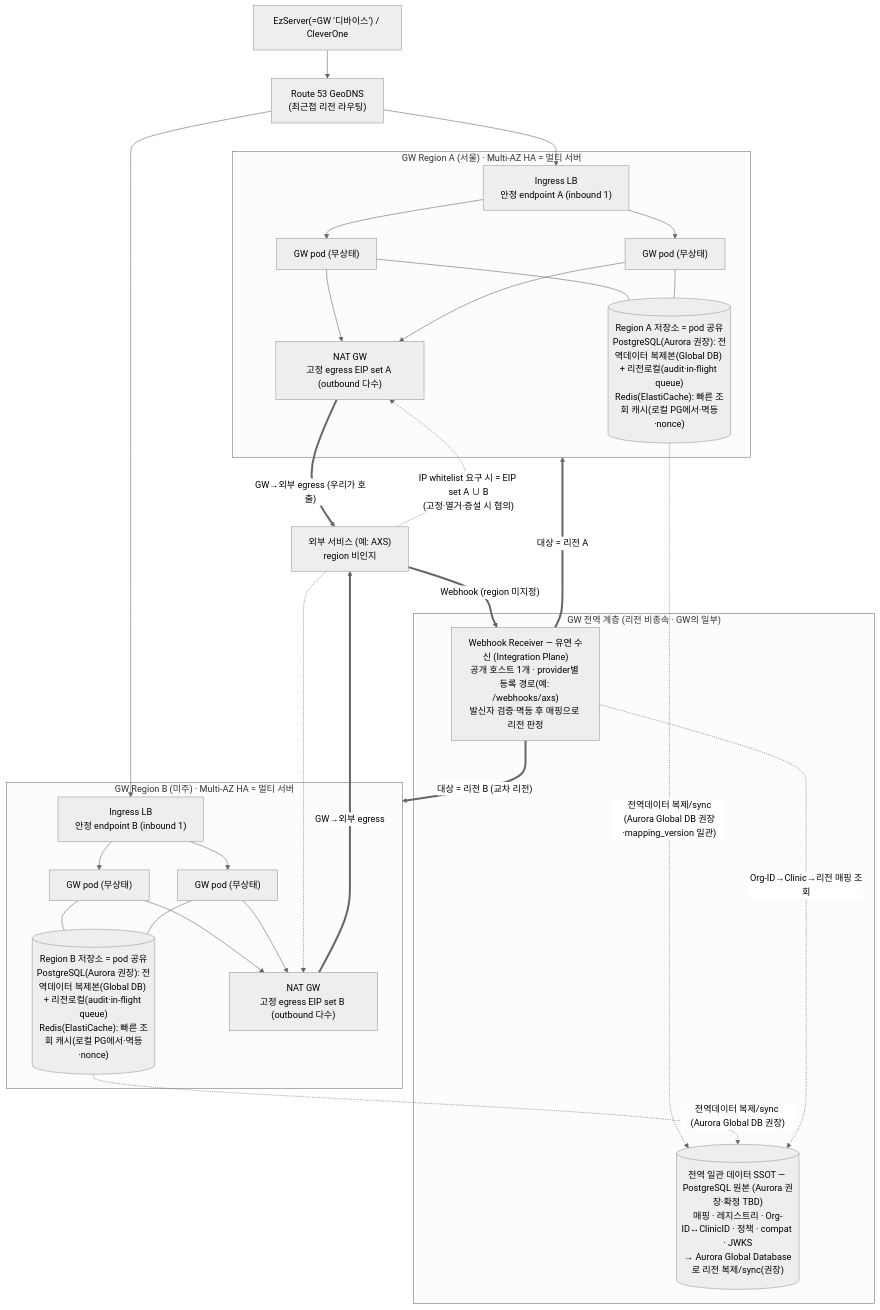
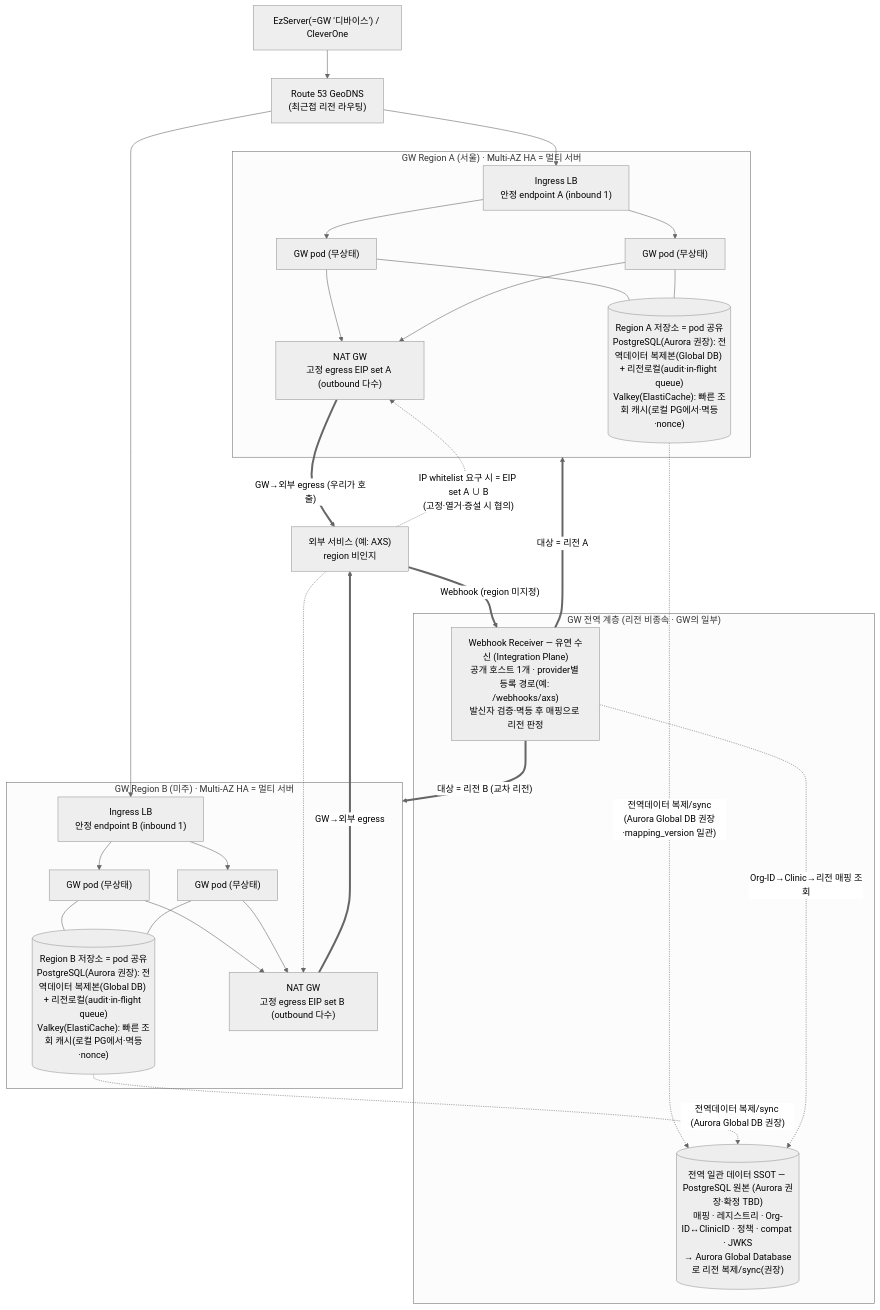
One commit to gracegyu/scp-architecture changed the second of 11 diagrams in docs/VT_API_Gateway/08.VT_API_Gateway/specs/03-srs-gateway/SRS.md. Above: the diagram before and after it, drawn with Mermaid (neutral theme). The commit also changed other lines of this file and 2 other files, not shown here.

Commit message:
문서 업데이트: VT API Gateway의 개발계획서 및 SRS 문서에서 Redis 대신 Valkey를 캐시 엔진으로 채택하고, 관련 내용을 명확히 하여 시스템 설계의 일관성을 강화하였습니다. 또한, Redis 키스페이스 카탈로그를 Valkey에 맞춰 수정하여 문서의 정합성을 높였습니다.

````diff
--- a/docs/VT_API_Gateway/08.VT_API_Gateway/specs/03-srs-gateway/SRS.md
+++ b/docs/VT_API_Gateway/08.VT_API_Gateway/specs/03-srs-gateway/SRS.md
@@ -195,56 +196,56 @@
 ```mermaid
 flowchart TB
     EZ["EzServer(=GW '디바이스') / CleverOne"]
     R53["Route 53 GeoDNS<br/>(최근접 리전 라우팅)"]
     EZ --> R53
 
     subgraph GTIER["GW 전역 계층 (리전 비종속 · GW의 일부)"]
         WHIN["Webhook Receiver — 유연 수신 (Integration Plane)<br/>공개 호스트 1개 · provider별 등록 경로(예: /webhooks/axs)<br/>발신자 검증·멱등 후 매핑으로 리전 판정"]
         GLOBAL[("전역 일관 데이터 SSOT — PostgreSQL 원본 (Aurora 권장·확정 TBD)<br/>매핑 · 레지스트리 · Org-ID↔ClinicID · 정책 · compat · JWKS<br/>→ Aurora Global Database로 리전 복제/sync(권장)")]
     end
 
     subgraph RA["GW Region A (서울) · Multi-AZ HA = 멀티 서버"]
         LBA["Ingress LB<br/>안정 endpoint A (inbound 1)"]
         GA1["GW pod (무상태)"]
         GA2["GW pod (무상태)"]
-        STA[("Region A 저장소 = pod 공유<br/>PostgreSQL(Aurora 권장): 전역데이터 복제본(Global DB) + 리전로컬(audit·in-flight queue)<br/>Redis(ElastiCache): 빠른 조회 캐시(로컬 PG에서·멱등·nonce)")]
+        STA[("Region A 저장소 = pod 공유<br/>PostgreSQL(Aurora 권장): 전역데이터 복제본(Global DB) + 리전로컬(audit·in-flight queue)<br/>Valkey(ElastiCache): 빠른 조회 캐시(로컬 PG에서·멱등·nonce)")]
         NATA["NAT GW<br/>고정 egress EIP set A (outbound 다수)"]
         LBA --> GA1
         LBA --> GA2
         GA1 --- STA
         GA2 --- STA
         GA1 --> NATA
         GA2 --> NATA
     end
 
     subgraph RB["GW Region B (미주) · Multi-AZ HA = 멀티 서버"]
         LBB["Ingress LB<br/>안정 endpoint B (inbound 1)"]
         GB1["GW pod (무상태)"]
         GB2["GW pod (무상태)"]
-        STB[("Region B 저장소 = pod 공유<br/>PostgreSQL(Aurora 권장): 전역데이터 복제본(Global DB) + 리전로컬(audit·in-flight queue)<br/>Redis(ElastiCache): 빠른 조회 캐시(로컬 PG에서·멱등·nonce)")]
+        STB[("Region B 저장소 = pod 공유<br/>PostgreSQL(Aurora 권장): 전역데이터 복제본(Global DB) + 리전로컬(audit·in-flight queue)<br/>Valkey(ElastiCache): 빠른 조회 캐시(로컬 PG에서·멱등·nonce)")]
         NATB["NAT GW<br/>고정 egress EIP set B (outbound 다수)"]
         LBB --> GB1
         LBB --> GB2
         GB1 --- STB
         GB2 --- STB
         GB1 --> NATB
         GB2 --> NATB
     end
 
     R53 --> LBA
     R53 --> LBB
 
     STA -.->|"전역데이터 복제/sync<br/>(Aurora Global DB 권장·mapping_version 일관)"| GLOBAL
     STB -.->|"전역데이터 복제/sync (Aurora Global DB 권장)"| GLOBAL
 
     EXT["외부 서비스 (예: AXS)<br/>region 비인지"]
     NATA ==>|"GW→외부 egress (우리가 호출)"| EXT
     NATB ==>|"GW→외부 egress"| EXT
     EXT -.->|"IP whitelist 요구 시 = EIP set A ∪ B<br/>(고정·열거·증설 시 협의)"| NATA
     EXT -.-> NATB
 
     EXT ==>|"Webhook (region 미지정)"| WHIN
     WHIN -.->|"Org-ID→Clinic→리전 매핑 조회"| GLOBAL
     WHIN ==>|"대상 = 리전 A"| RA
     WHIN ==>|"대상 = 리전 B (교차 리전)"| RB
 ```
````
